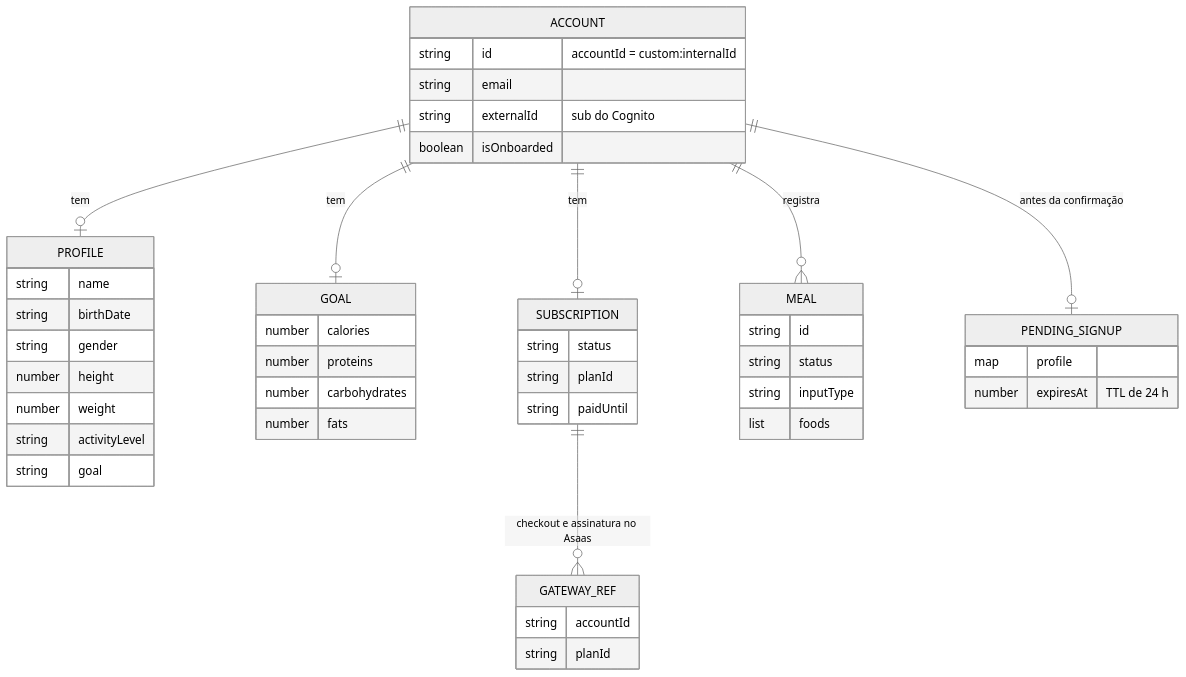
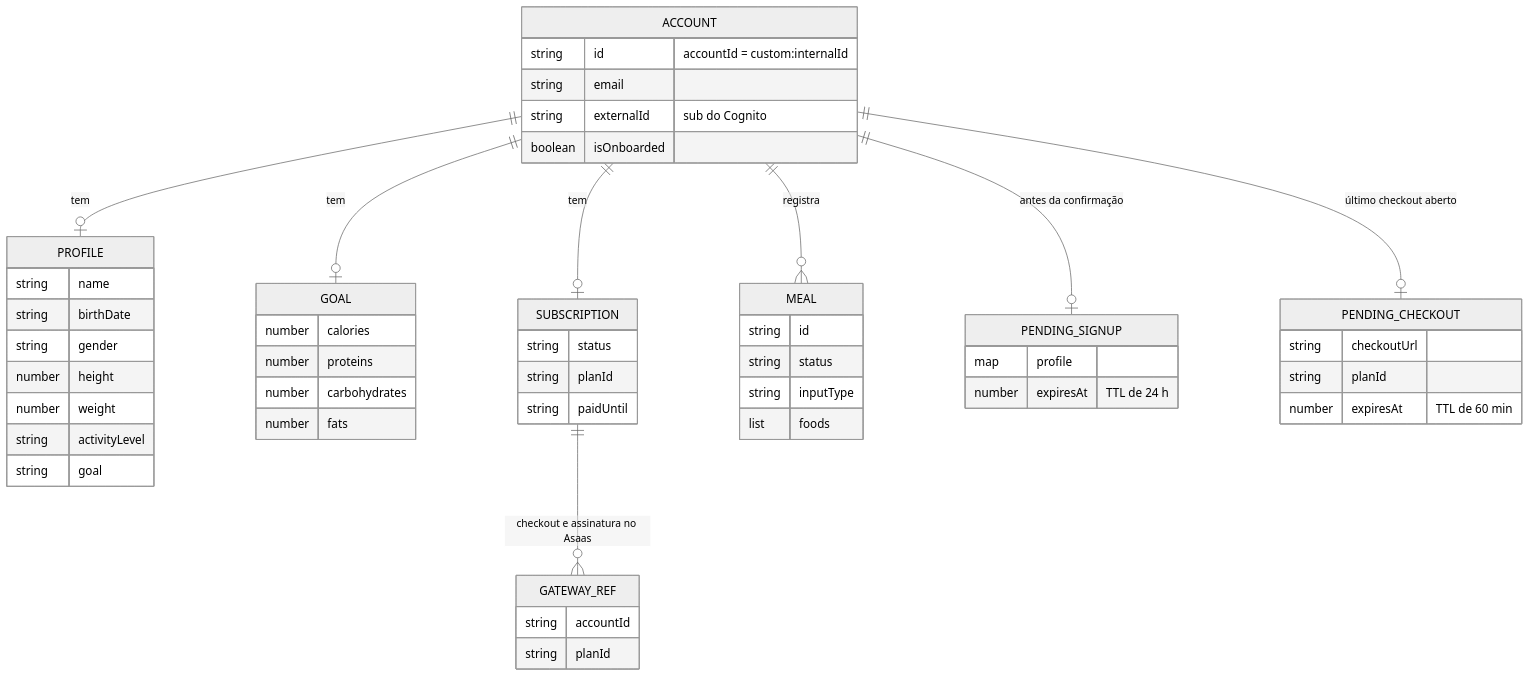
Before and after one commit to nivaldoandrade/nacal-api: the diagram in docs/guide/03-modelo-de-dados.md, drawn with Mermaid (neutral theme). The commit also changed other lines of this file and 14 other files, not shown here.

````diff
--- a/docs/guide/03-modelo-de-dados.md
+++ b/docs/guide/03-modelo-de-dados.md
@@ -22,50 +22,56 @@
 ```mermaid
 erDiagram
     ACCOUNT ||--o| PROFILE : "tem"
     ACCOUNT ||--o| GOAL : "tem"
     ACCOUNT ||--o| SUBSCRIPTION : "tem"
     ACCOUNT ||--o{ MEAL : "registra"
     ACCOUNT ||--o| PENDING_SIGNUP : "antes da confirmação"
+    ACCOUNT ||--o| PENDING_CHECKOUT : "último checkout aberto"
     SUBSCRIPTION ||--o{ GATEWAY_REF : "checkout e assinatura no Asaas"
 
     ACCOUNT {
         string id "accountId = custom:internalId"
         string email
         string externalId "sub do Cognito"
         boolean isOnboarded
     }
     PROFILE {
         string name
         string birthDate
         string gender
         number height
         number weight
         string activityLevel
         string goal
     }
     GOAL {
         number calories
         number proteins
         number carbohydrates
         number fats
     }
     SUBSCRIPTION {
         string status
         string planId
         string paidUntil
     }
     MEAL {
         string id
         string status
         string inputType
         list foods
     }
     PENDING_SIGNUP {
         map profile
         number expiresAt "TTL de 24 h"
     }
     GATEWAY_REF {
         string accountId
         string planId
     }
+    PENDING_CHECKOUT {
+        string checkoutUrl
+        string planId
+        number expiresAt "TTL de 60 min"
+    }
 ```
````
